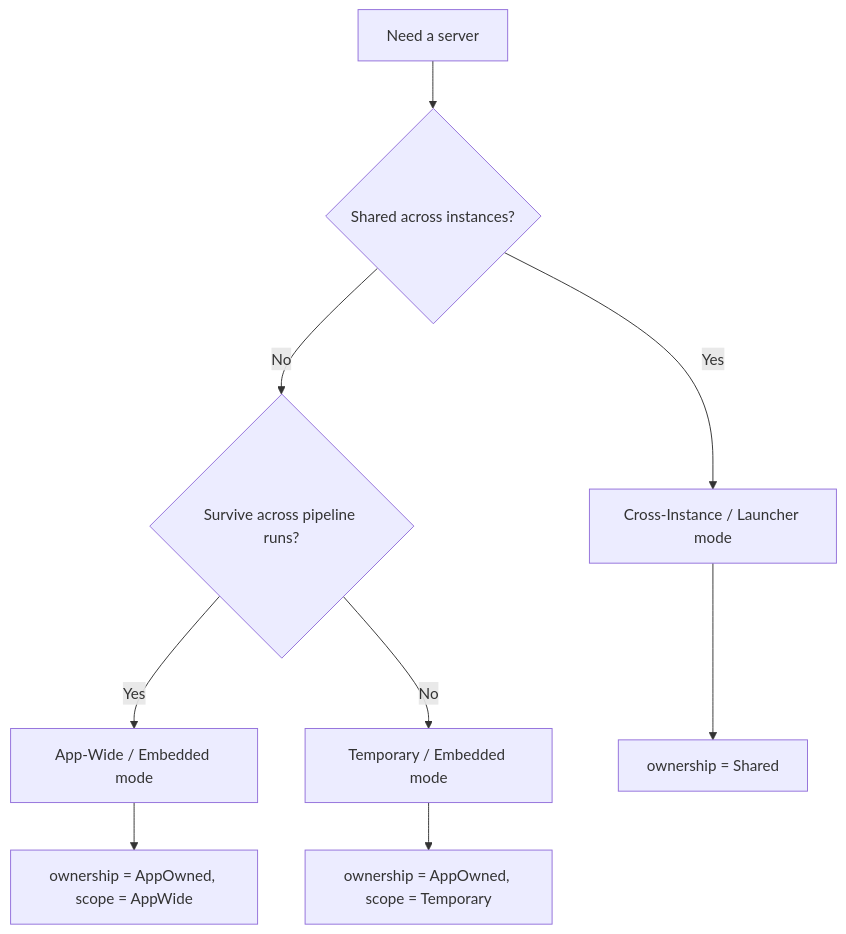
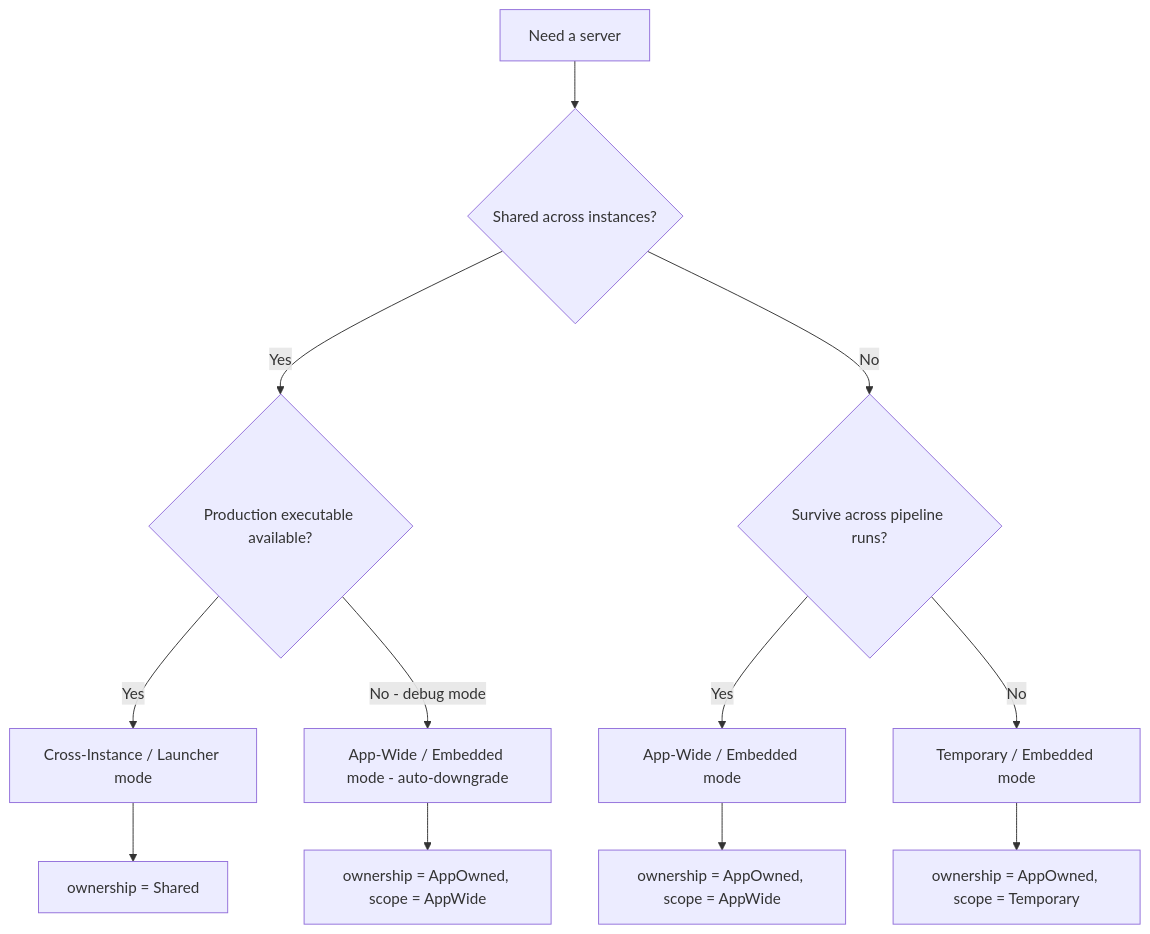
One commit to applied-systems-biology/jipipe changed the first of 12 diagrams in docs/plan-external-server-processes.md. Above: the diagram before and after it, drawn with Mermaid. The commit also changed other lines of this file, not shown here.

````diff
--- a/docs/plan-external-server-processes.md
+++ b/docs/plan-external-server-processes.md
@@ -72,11 +76,14 @@
 ```mermaid
 flowchart TD
     A[Need a server] --> B{Shared across instances?}
-    B -->|Yes| C[Cross-Instance / Launcher mode]
-    B -->|No| D{Survive across pipeline runs?}
-    D -->|Yes| E[App-Wide / Embedded mode]
-    D -->|No| F[Temporary / Embedded mode]
-    C --> G[ownership = Shared]
-    E --> H[ownership = AppOwned, scope = AppWide]
-    F --> I[ownership = AppOwned, scope = Temporary]
+    B -->|Yes| C{Production executable available?}
+    C -->|Yes| D[Cross-Instance / Launcher mode]
+    C -->|No - debug mode| E[App-Wide / Embedded mode - auto-downgrade]
+    B -->|No| F{Survive across pipeline runs?}
+    F -->|Yes| G[App-Wide / Embedded mode]
+    F -->|No| H[Temporary / Embedded mode]
+    D --> I[ownership = Shared]
+    E --> J[ownership = AppOwned, scope = AppWide]
+    G --> K[ownership = AppOwned, scope = AppWide]
+    H --> L[ownership = AppOwned, scope = Temporary]
 ```
````
